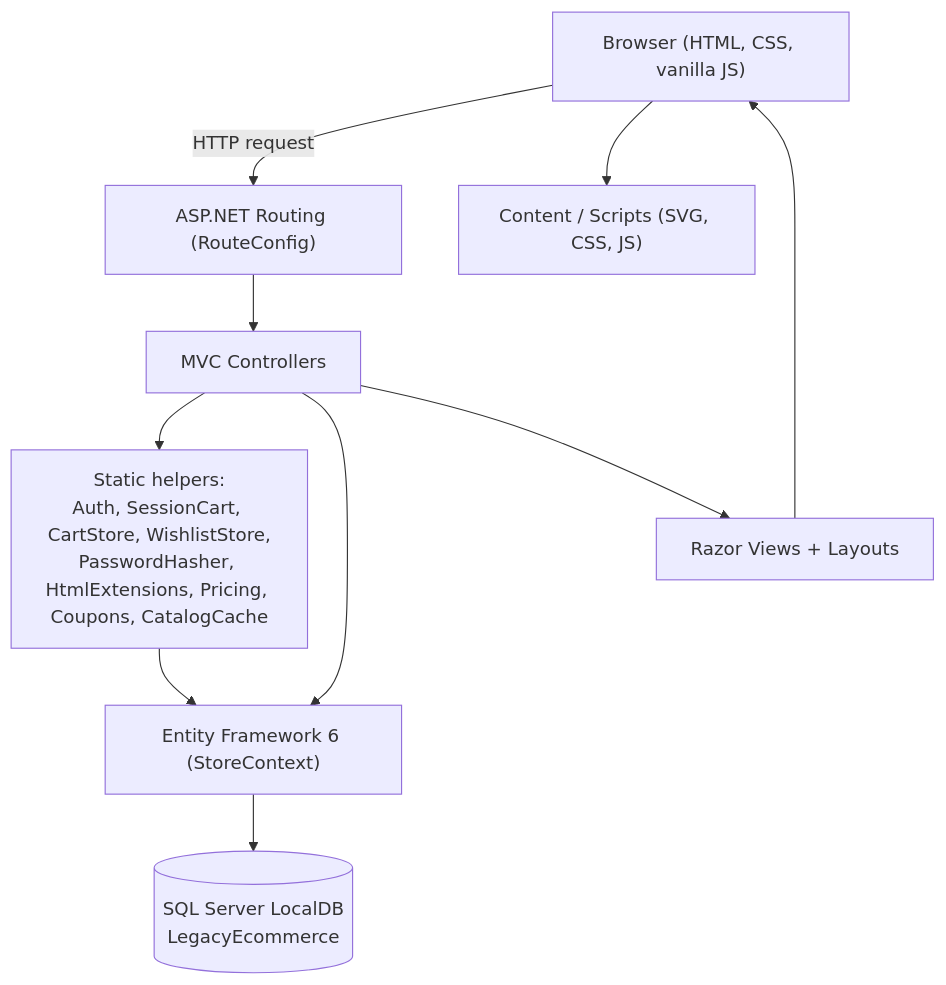
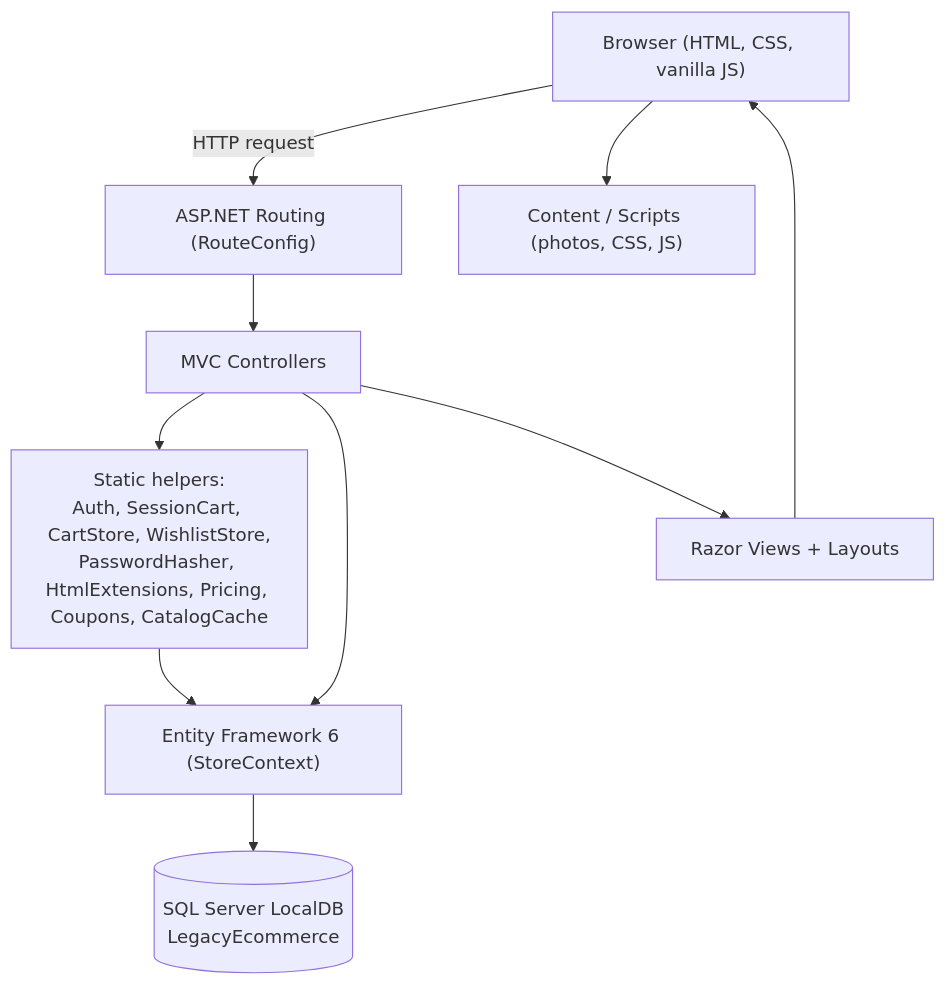
The first of 2 diagrams in README.md (YSawant772005/ecommerce-legacy), drawn with Mermaid before and after one commit. The commit also changed other lines of this file and 513 other files, not shown here.

````diff
--- a/README.md
+++ b/README.md
@@ -77,21 +77,21 @@
 ```mermaid
 flowchart TD
     Browser["Browser (HTML, CSS, vanilla JS)"]
     Routing["ASP.NET Routing (RouteConfig)"]
     Controllers["MVC Controllers"]
     Infra["Static helpers:\nAuth, SessionCart, CartStore, WishlistStore,\nPasswordHasher, HtmlExtensions, Pricing, Coupons, CatalogCache"]
     EF["Entity Framework 6 (StoreContext)"]
     DB[("SQL Server LocalDB\nLegacyEcommerce")]
     Views["Razor Views + Layouts"]
-    Static["Content / Scripts (SVG, CSS, JS)"]
+    Static["Content / Scripts (photos, CSS, JS)"]
 
     Browser -->|HTTP request| Routing
     Routing --> Controllers
     Controllers --> Infra
     Controllers --> EF
     Infra --> EF
     EF --> DB
     Controllers --> Views
     Views --> Browser
     Browser --> Static
 ```
````
